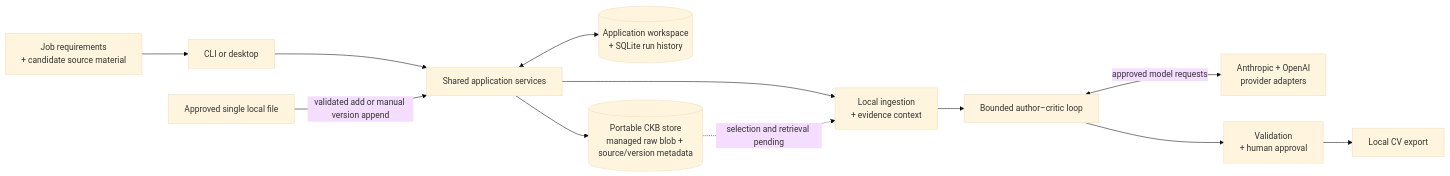
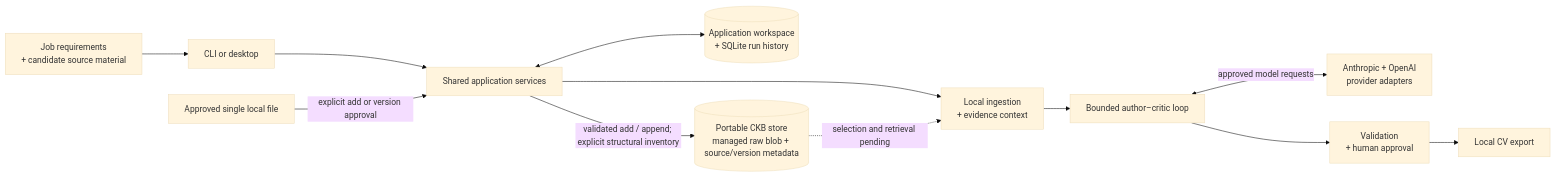
The diagram in README.md (akoita/draft-loop), drawn with Mermaid (base theme) before and after one commit. The commit also changed other lines of this file and 9 other files, not shown here.

````diff
--- a/README.md
+++ b/README.md
@@ -95,22 +104,23 @@
 ```mermaid
 flowchart LR
     Inputs["Job requirements<br/>+ candidate source material"]
     Adapters["CLI or desktop"]
     Application["Shared application services"]
     Context["Local ingestion<br/>+ evidence context"]
     Loop["Bounded author–critic loop"]
     Models["Anthropic + OpenAI<br/>provider adapters"]
     Review["Validation<br/>+ human approval"]
     Export["Local CV export"]
     WorkspaceStore[("Application workspace<br/>+ SQLite run history")]
     ApprovedFile["Approved single local file"]
     CKBStore[("Portable CKB store<br/>managed raw blob + source/version metadata")]
 
     Inputs --> Adapters --> Application
     Application --> Context --> Loop
     Loop <-->|"approved model requests"| Models
     Loop --> Review --> Export
     Application <--> WorkspaceStore
-    ApprovedFile -->|"validated add or manual version append"| Application --> CKBStore
+    ApprovedFile -->|"explicit add or version approval"| Application
+    Application -->|"validated add / append; explicit structural inventory"| CKBStore
     CKBStore -.->|"selection and retrieval pending"| Context
 ```
````
